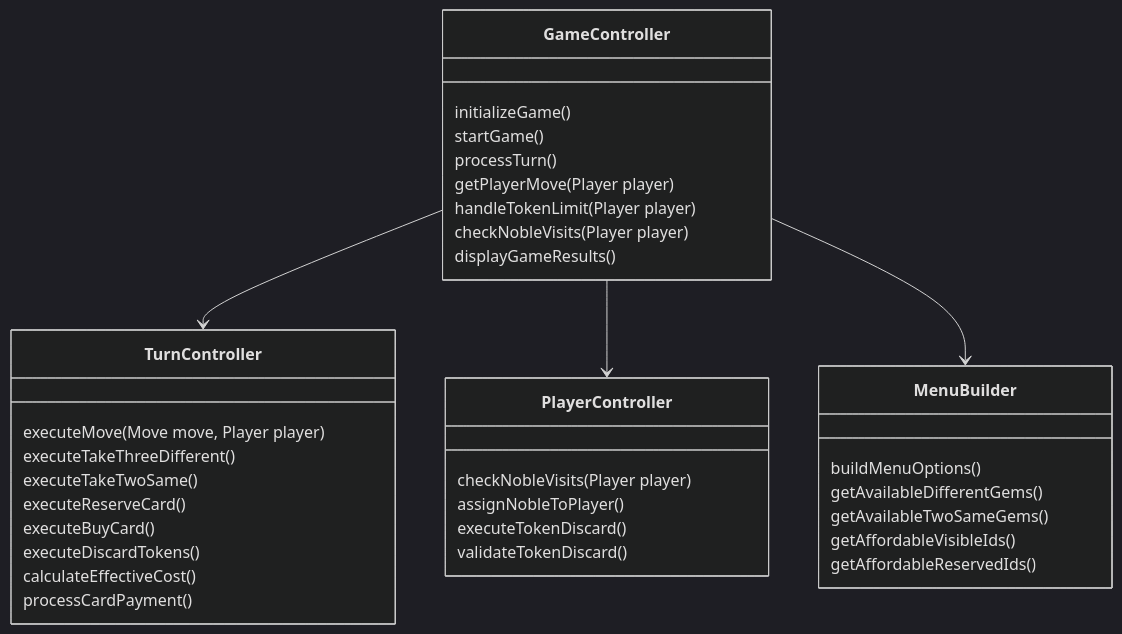
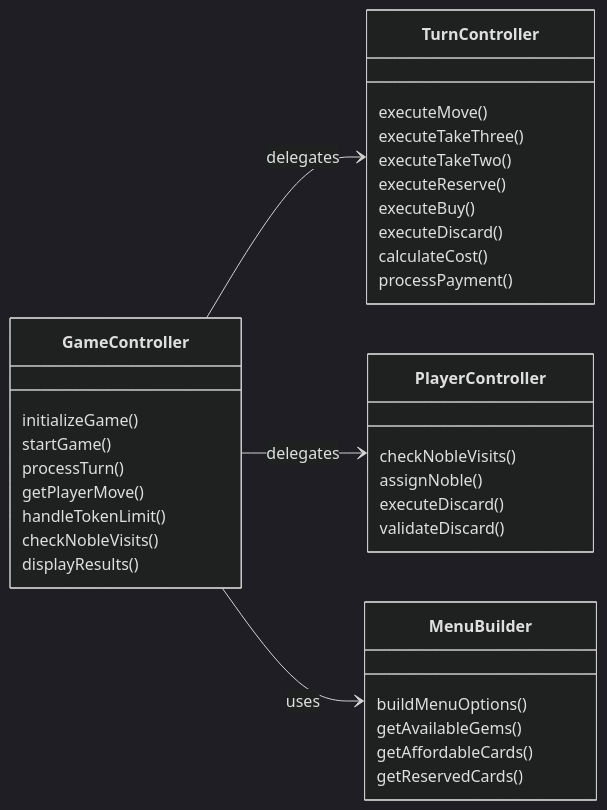
The third of 7 diagrams in ALL.md (bryanseah234/playsplendor), drawn with Mermaid (dark theme) before and after one commit. The commit also changed other lines of this file, not shown here.

````diff
--- a/ALL.md
+++ b/ALL.md
@@ -232,42 +271,43 @@
 ```mermaid
 classDiagram
+    direction LR
+    
     class GameController {
         initializeGame()
         startGame()
         processTurn()
-        getPlayerMove(Player player)
-        handleTokenLimit(Player player)
-        checkNobleVisits(Player player)
-        displayGameResults()
+        getPlayerMove()
+        handleTokenLimit()
+        checkNobleVisits()
+        displayResults()
     }
     
     class TurnController {
-        executeMove(Move move, Player player)
-        executeTakeThreeDifferent()
-        executeTakeTwoSame()
-        executeReserveCard()
-        executeBuyCard()
-        executeDiscardTokens()
-        calculateEffectiveCost()
-        processCardPayment()
+        executeMove()
+        executeTakeThree()
+        executeTakeTwo()
+        executeReserve()
+        executeBuy()
+        executeDiscard()
+        calculateCost()
+        processPayment()
     }
     
     class PlayerController {
-        checkNobleVisits(Player player)
-        assignNobleToPlayer()
-        executeTokenDiscard()
-        validateTokenDiscard()
+        checkNobleVisits()
+        assignNoble()
+        executeDiscard()
+        validateDiscard()
     }
     
     class MenuBuilder {
         buildMenuOptions()
-        getAvailableDifferentGems()
-        getAvailableTwoSameGems()
-        getAffordableVisibleIds()
-        getAffordableReservedIds()
+        getAvailableGems()
+        getAffordableCards()
+        getReservedCards()
     }
     
-    GameController --> TurnController
-    GameController --> PlayerController
-    GameController --> MenuBuilder
+    GameController --> TurnController : delegates
+    GameController --> PlayerController : delegates
+    GameController --> MenuBuilder : uses
 ```
````
